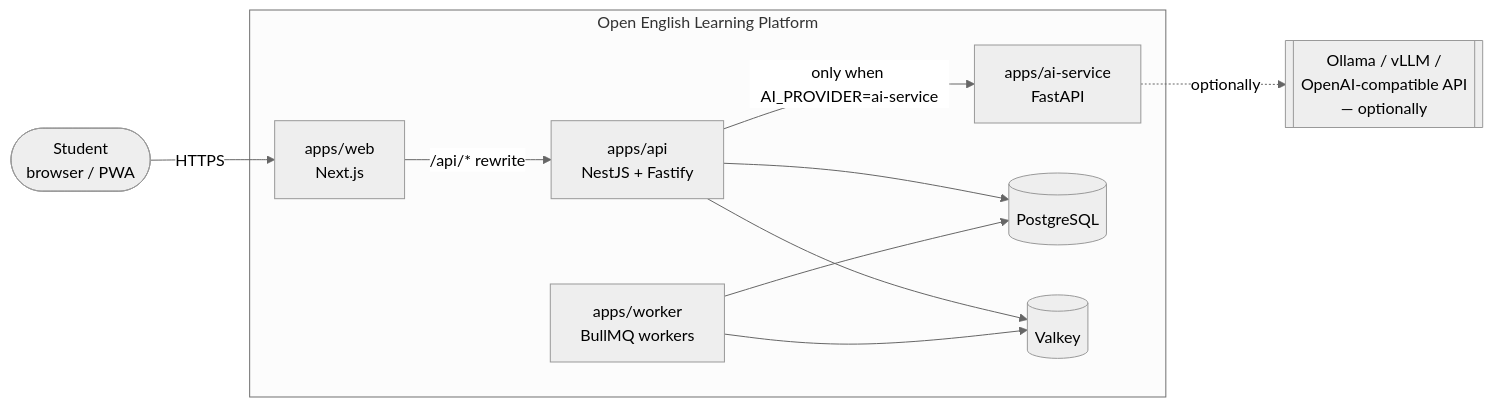
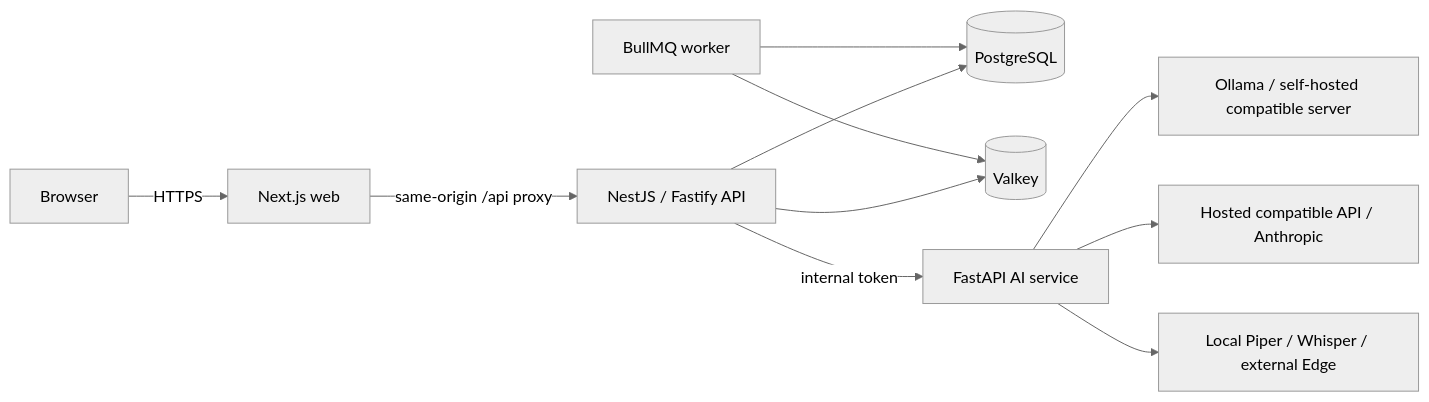
The diagram in ARCHITECTURE.md (sen4ch/LingoUp), drawn with Mermaid (neutral theme) before and after one commit. The commit also changed other lines of this file and 15 other files, not shown here.

````diff
--- a/ARCHITECTURE.md
+++ b/ARCHITECTURE.md
@@ -24,22 +13,13 @@
 ```mermaid
 flowchart LR
-    learner([Student<br/>browser / PWA])
-    subgraph platform[Open English Learning Platform]
-        web[apps/web<br/>Next.js]
-        api[apps/api<br/>NestJS + Fastify]
-        worker[apps/worker<br/>BullMQ workers]
-        ai[apps/ai-service<br/>FastAPI]
-        pg[(PostgreSQL)]
-        valkey[(Valkey)]
-    end
-    llm[[Ollama / vLLM /<br/>OpenAI-compatible API<br/>— optionally]]
-
-    learner -->|HTTPS| web
-    web -->|/api/* rewrite| api
-    api --> pg
-    api --> valkey
-    api -->|only when AI_PROVIDER=ai-service| ai
-    worker --> pg
+    learner[Browser] -->|HTTPS| web[Next.js web]
+    web -->|same-origin /api proxy| api[NestJS / Fastify API]
+    api --> pg[(PostgreSQL)]
+    api --> valkey[(Valkey)]
+    worker[BullMQ worker] --> pg
     worker --> valkey
-    ai -.->|optionally| llm
+    api -->|internal token| ai[FastAPI AI service]
+    ai --> local[Ollama / self-hosted compatible server]
+    ai --> hosted[Hosted compatible API / Anthropic]
+    ai --> speech[Local Piper / Whisper / external Edge]
 ```
````
